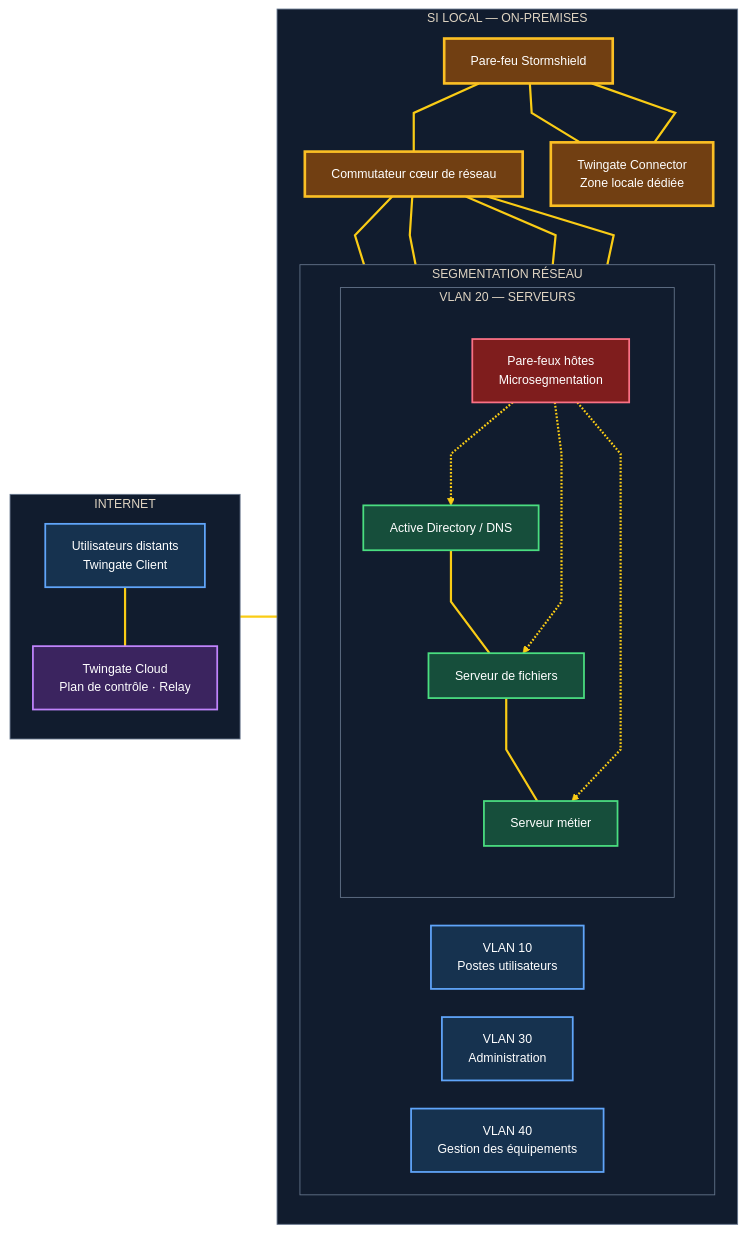
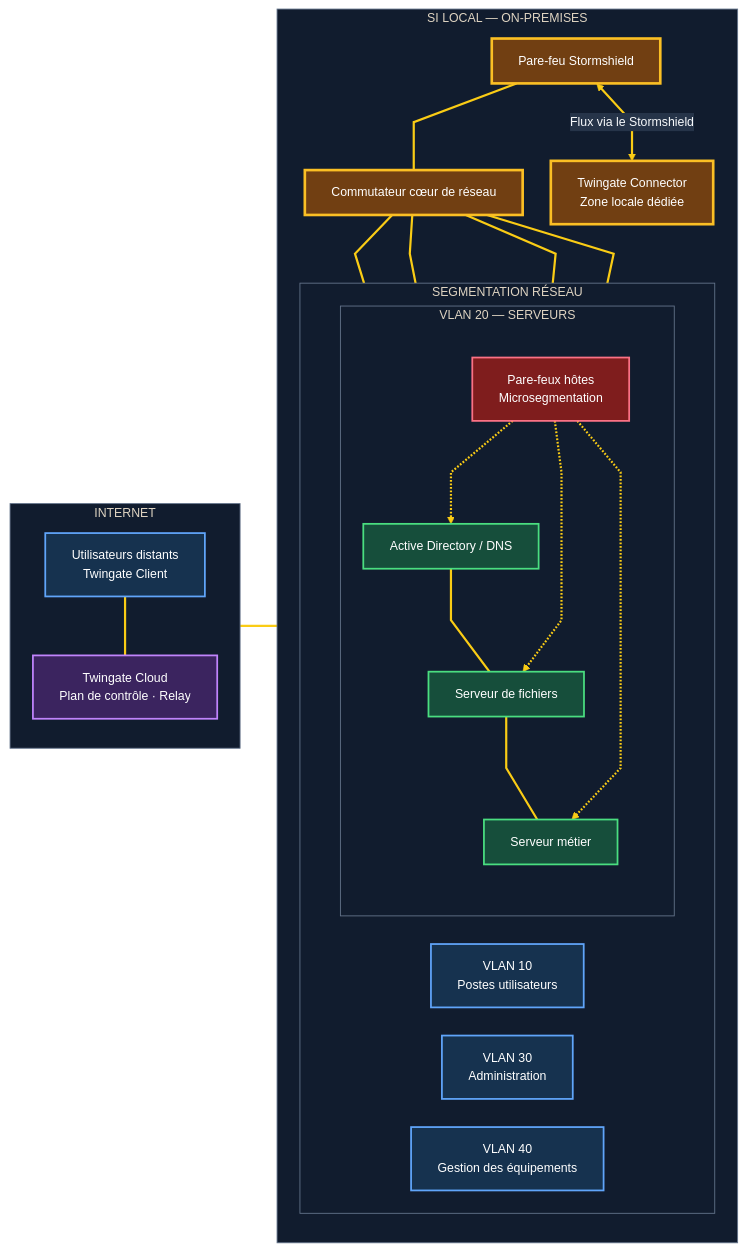
One commit to Chanc-111/Chanc-111 changed the diagram in projects/01-zero-trust-architecture/diagrams/02-target-architecture.mmd. Above: the diagram before and after it, drawn with Mermaid.

Commit message:
Remove duplicate connector-firewall links

```diff
--- a/projects/01-zero-trust-architecture/diagrams/02-target-architecture.mmd
+++ b/projects/01-zero-trust-architecture/diagrams/02-target-architecture.mmd
@@ -1,57 +1,56 @@
 %%{init: {"theme":"base","themeVariables":{"background":"#0b1220","primaryColor":"#172b45","primaryTextColor":"#f8fafc","primaryBorderColor":"#60a5fa","lineColor":"#facc15","secondaryColor":"#182235","tertiaryColor":"#202b3d","clusterBkg":"#111c2e","clusterBorder":"#64748b","edgeLabelBackground":"#263449","fontFamily":"Arial","fontSize":"14px"},"flowchart":{"curve":"linear","htmlLabels":true,"nodeSpacing":32,"rankSpacing":42}}}%%
 flowchart LR
     subgraph INTERNET["INTERNET"]
         direction TB
         REMOTE["Utilisateurs distants<br/>Twingate Client"]
         TWIN["Twingate Cloud<br/>Plan de contrôle · Relay"]
     end
 
     subgraph SI["SI LOCAL — ON-PREMISES"]
         direction TB
         FW["Pare-feu Stormshield"]
         CORE["Commutateur cœur de réseau"]
 
         subgraph ZONES["SEGMENTATION RÉSEAU"]
             direction LR
             V10["VLAN 10<br/>Postes utilisateurs"]
             V30["VLAN 30<br/>Administration"]
             subgraph V20["VLAN 20 — SERVEURS"]
                 direction TB
                 AD["Active Directory / DNS"]
                 FILES["Serveur de fichiers"]
                 APP["Serveur métier"]
                 MICRO["Pare-feux hôtes<br/>Microsegmentation"]
                 AD ~~~ FILES
                 FILES ~~~ APP
                 MICRO -.-> AD
                 MICRO -.-> FILES
                 MICRO -.-> APP
             end
             V40["VLAN 40<br/>Gestion des équipements"]
         end
 
         CONN["Twingate Connector<br/>Zone locale dédiée"]
     end
 
     REMOTE --- TWIN
     TWIN --- FW
     FW --- CORE
     CORE --- V10
     CORE --- V30
     CORE --- V20
     CORE --- V40
-    FW --- CONN
-    CONN --- FW
+    FW <-->|"Flux via le Stormshield"| CONN
 
     classDef endpoint fill:#16324f,stroke:#60a5fa,stroke-width:2px,color:#ffffff
     classDef control fill:#3b245f,stroke:#c084fc,stroke-width:2px,color:#ffffff
     classDef network fill:#713f12,stroke:#fbbf24,stroke-width:3px,color:#ffffff
     classDef server fill:#164e3b,stroke:#4ade80,stroke-width:2px,color:#ffffff
     classDef micro fill:#7f1d1d,stroke:#fb7185,stroke-width:2px,color:#ffffff
 
     class REMOTE,V10,V30,V40 endpoint
     class TWIN control
     class FW,CORE,CONN network
     class AD,FILES,APP server
     class MICRO micro
     linkStyle default stroke:#facc15,stroke-width:2.5px,color:#f8fafc
```
